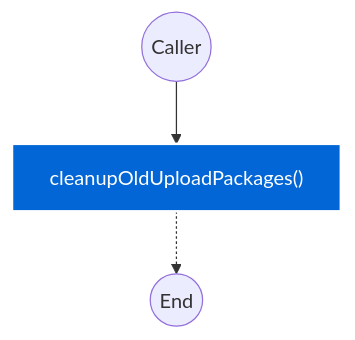
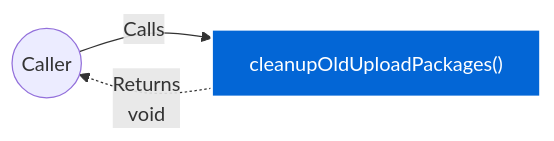
One commit to FelipeMCassiano/geanky changed diagram 11 of 15 in docs/CloudSyncUploadService.md. Above: the diagram before and after it, drawn with Mermaid. The commit also changed other lines of this file and 6 other files, not shown here.

````diff
--- a/docs/CloudSyncUploadService.md
+++ b/docs/CloudSyncUploadService.md
@@ -824,11 +944,9 @@
 ```mermaid
-flowchart TD
+flowchart LR
     classDef methodNode fill:#0366d6,stroke:#fff,stroke-width:2px,color:#fff;
-    classDef callNode fill:#f1f8ff,stroke:#0366d6,color:#24292f;
-    classDef ifNode fill:#fff8c5,stroke:#d73a49,color:#24292f;
-    classDef retNode fill:#28a745,stroke:#fff,color:#fff;
+    Caller(("Caller"))
+    Method["cleanupOldUploadPackages()"]:::methodNode
 
-    START(("Caller")) --> M_ENTRY["cleanupOldUploadPackages()"]:::methodNode
-    M_ENTRY -.-> END(("End"))
-
+    Caller -- "Calls" --> Method
+    Method -. "Returns<br>void" .-> Caller
 ```
````
